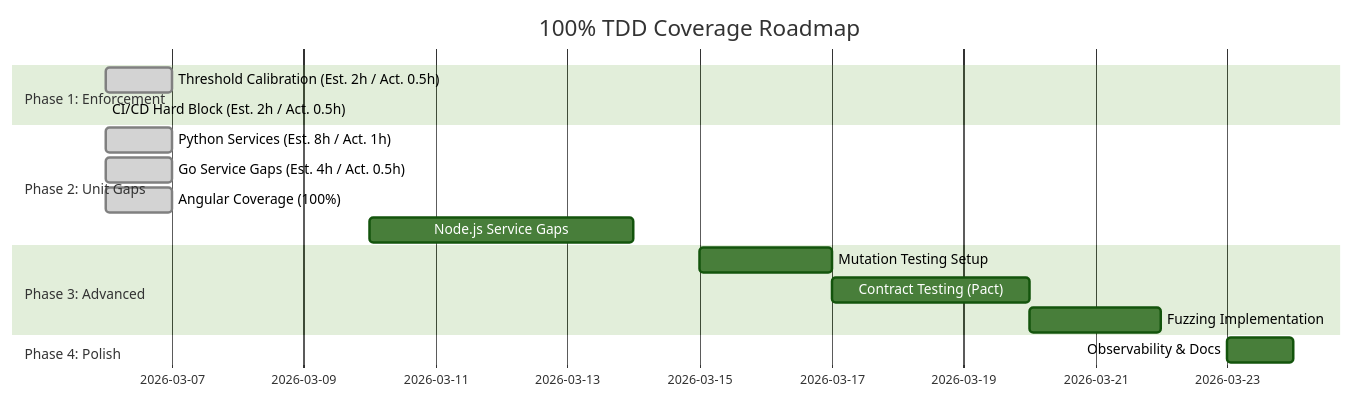
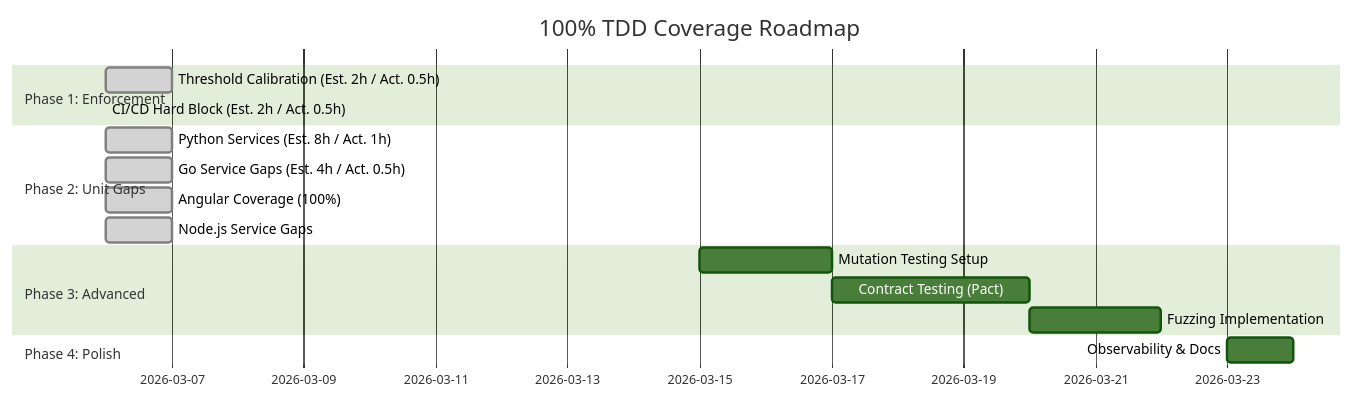
The diagram in Timeline.md (sergioitremotejobs2025-sketch/GreenHouse_Arduino), drawn with Mermaid (forest theme) before and after one commit. The commit also changed other lines of this file and 69 other files, not shown here.

Commit message:
docs: update Timeline.md with Node.js Microservices 100% coverage progress

````diff
--- a/Timeline.md
+++ b/Timeline.md
@@ -49,22 +49,22 @@
 ```mermaid
 gantt
     title 100% TDD Coverage Roadmap
     dateFormat  YYYY-MM-DD
     section Phase 1: Enforcement
     Threshold Calibration (Est. 2h / Act. 0.5h)      :done, a1, 2026-03-06, 1d
     CI/CD Hard Block (Est. 2h / Act. 0.5h) :done, a2, 2026-03-06, 0d
     
     section Phase 2: Unit Gaps
     Python Services (Est. 8h / Act. 1h) :done, p1, 2026-03-06, 1d
     Go Service Gaps (Est. 4h / Act. 0.5h) :done, g1, 2026-03-06, 1d
     Angular Coverage (100%)    :done, a2, 2026-03-06, 1d
-    Node.js Service Gaps       :a3, 2026-03-10, 4d
+    Node.js Service Gaps       :done, a3, 2026-03-06, 1d
     
     section Phase 3: Advanced
     Mutation Testing Setup     :a5, 2026-03-15, 2d
     Contract Testing (Pact)    :a6, 2026-03-17, 3d
     Fuzzing Implementation    :a7, 2026-03-20, 2d
     
     section Phase 4: Polish
     Observability & Docs       :a8, 2026-03-23, 1d
 ```
````
